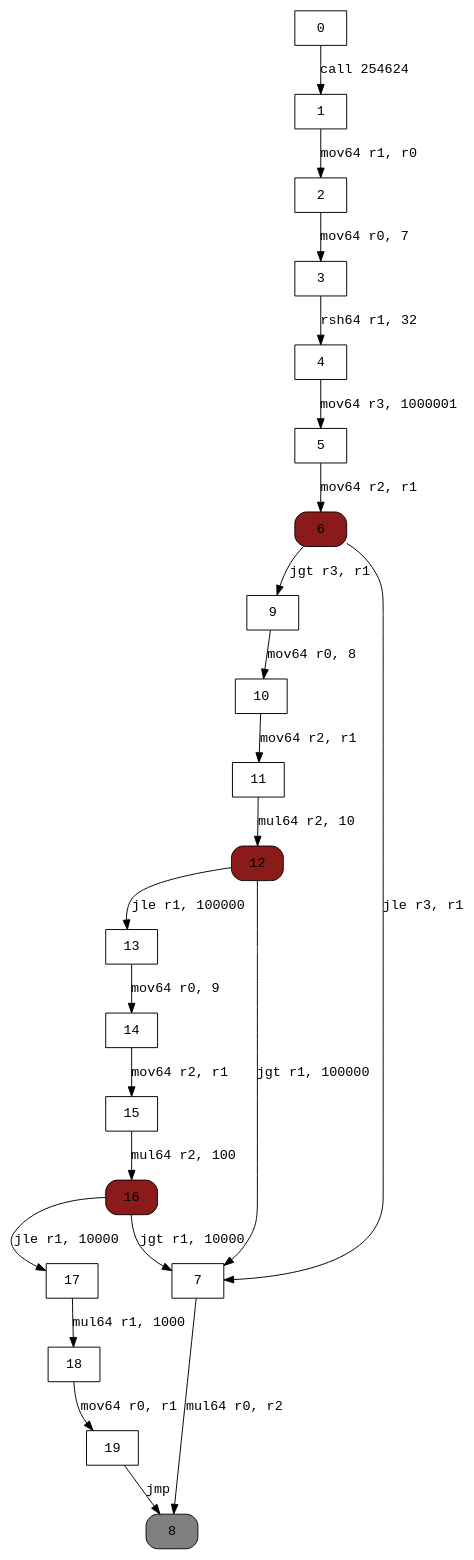
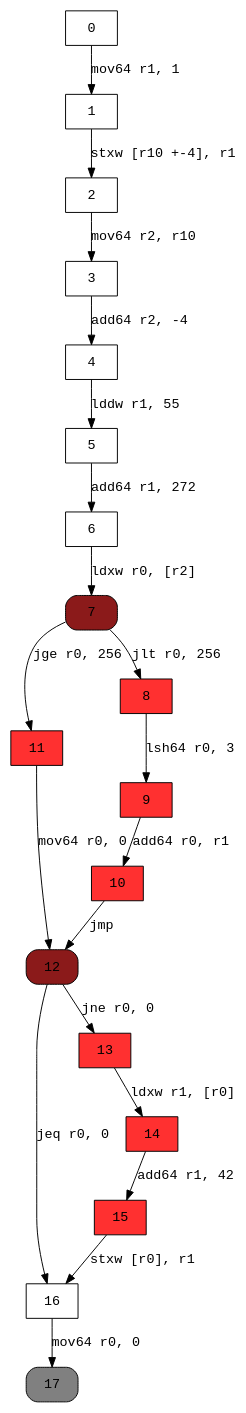
Before and after one commit to XicoCorreia/Information-Flow-Analysis-Thesis: the diagram in ebpfPrograms/graphs/example.dot, drawn with Graphviz. The commit also changed 9 other files, not shown here.

```diff
--- a/ebpfPrograms/graphs/example.dot
+++ b/ebpfPrograms/graphs/example.dot
@@ -1,31 +1,34 @@
 digraph cfg { 
 node [fontname="monospace"];
 node [shape=box];
 edge [fontname="monospace"];
-  0 -> 1 [label="call 254624"];
-  1 -> 2 [label="mov64 r1, r0"];
-  2 -> 3 [label="mov64 r0, 7"];
-  3 -> 4 [label="rsh64 r1, 32"];
-  4 -> 5 [label="mov64 r3, 1000001"];
-  5 -> 6 [label="mov64 r2, r1"];
-  6 -> 9 [label="jgt r3, r1"];
-  6 -> 7 [label="jle r3, r1"];
-  7 -> 8 [label="mul64 r0, r2"];
-  9 -> 10 [label="mov64 r0, 8"];
-  10 -> 11 [label="mov64 r2, r1"];
-  11 -> 12 [label="mul64 r2, 10"];
-  12 -> 7 [label="jgt r1, 100000"];
-  12 -> 13 [label="jle r1, 100000"];
-  13 -> 14 [label="mov64 r0, 9"];
-  14 -> 15 [label="mov64 r2, r1"];
-  15 -> 16 [label="mul64 r2, 100"];
-  16 -> 7 [label="jgt r1, 10000"];
-  16 -> 17 [label="jle r1, 10000"];
-  17 -> 18 [label="mul64 r1, 1000"];
-  18 -> 19 [label="mov64 r0, r1"];
-  19 -> 8 [label="jmp"];
-6 [style="rounded,filled",fillcolor=firebrick4];
-8 [style="rounded,filled",fillcolor=grey];
+  0 -> 1 [label="mov64 r1, 1"];
+  1 -> 2 [label="stxw [r10 +-4], r1"];
+  2 -> 3 [label="mov64 r2, r10"];
+  3 -> 4 [label="add64 r2, -4"];
+  4 -> 5 [label="lddw r1, 55"];
+  5 -> 6 [label="add64 r1, 272"];
+  6 -> 7 [label="ldxw r0, [r2]"];
+  7 -> 11 [label="jge r0, 256"];
+  7 -> 8 [label="jlt r0, 256"];
+  8 -> 9 [label="lsh64 r0, 3"];
+  9 -> 10 [label="add64 r0, r1"];
+  10 -> 12 [label="jmp"];
+  11 -> 12 [label="mov64 r0, 0"];
+  12 -> 16 [label="jeq r0, 0"];
+  12 -> 13 [label="jne r0, 0"];
+  13 -> 14 [label="ldxw r1, [r0]"];
+  14 -> 15 [label="add64 r1, 42"];
+  15 -> 16 [label="stxw [r0], r1"];
+  16 -> 17 [label="mov64 r0, 0"];
+7 [style="rounded,filled",fillcolor=firebrick4];
+8 [style=filled,fillcolor=firebrick1];
+9 [style=filled,fillcolor=firebrick1];
+10 [style=filled,fillcolor=firebrick1];
+11 [style=filled,fillcolor=firebrick1];
 12 [style="rounded,filled",fillcolor=firebrick4];
-16 [style="rounded,filled",fillcolor=firebrick4];
+13 [style=filled,fillcolor=firebrick1];
+14 [style=filled,fillcolor=firebrick1];
+15 [style=filled,fillcolor=firebrick1];
+17 [style="rounded,filled",fillcolor=grey];
 }
```
